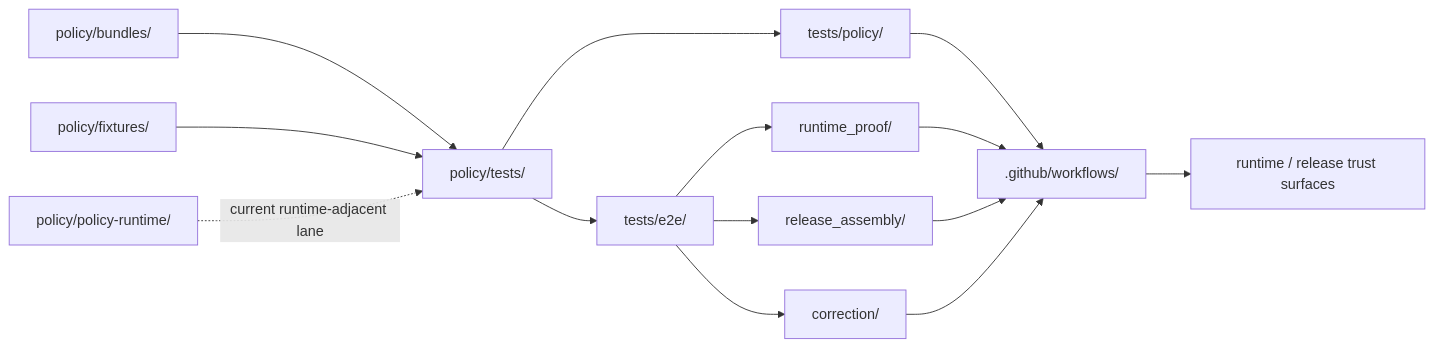
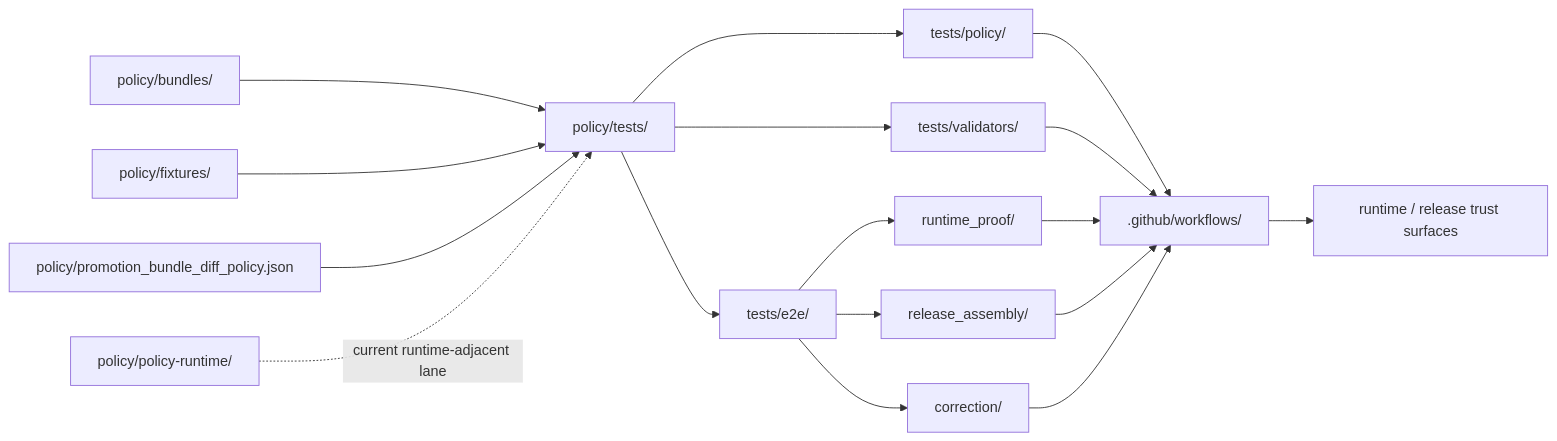
Before and after one commit to bartytime4life/Kansas-Frontier-Matrix: the diagram in policy/tests/README.md, drawn with Mermaid. The commit also changed other lines of this file, not shown here.

First line of the commit message:
Update policy/tests/README.md with new references and tags

````diff
--- a/policy/tests/README.md
+++ b/policy/tests/README.md
@@ -271,16 +296,19 @@
 ```mermaid
 flowchart LR
     B["policy/bundles/"] --> T["policy/tests/"]
     F["policy/fixtures/"] --> T
+    D["policy/promotion_bundle_diff_policy.json"] --> T
     R["policy/policy-runtime/"] -. current runtime-adjacent lane .-> T
     T --> P["tests/policy/"]
+    T --> V["tests/validators/"]
     T --> E["tests/e2e/"]
     E --> RP["runtime_proof/"]
     E --> RA["release_assembly/"]
     E --> C["correction/"]
     P --> W[".github/workflows/"]
+    V --> W
     RP --> W
     RA --> W
     C --> W
     W --> S["runtime / release trust surfaces"]
 ```
````
